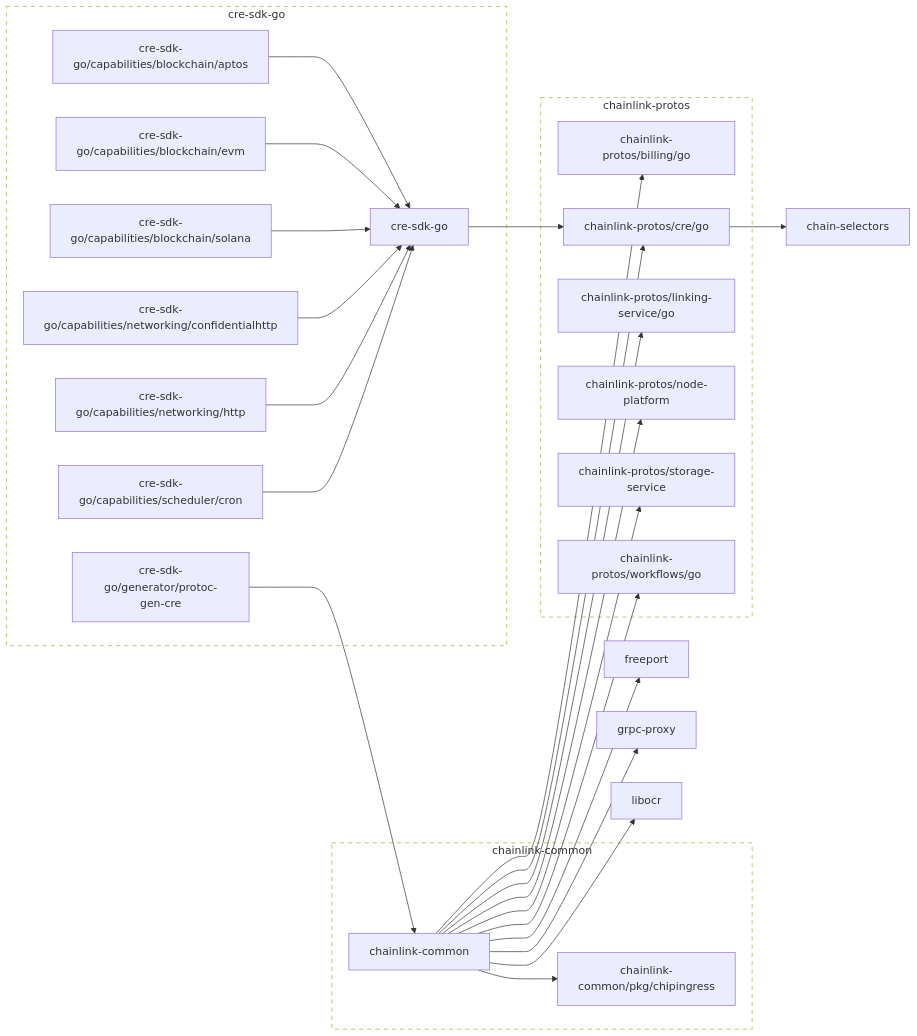
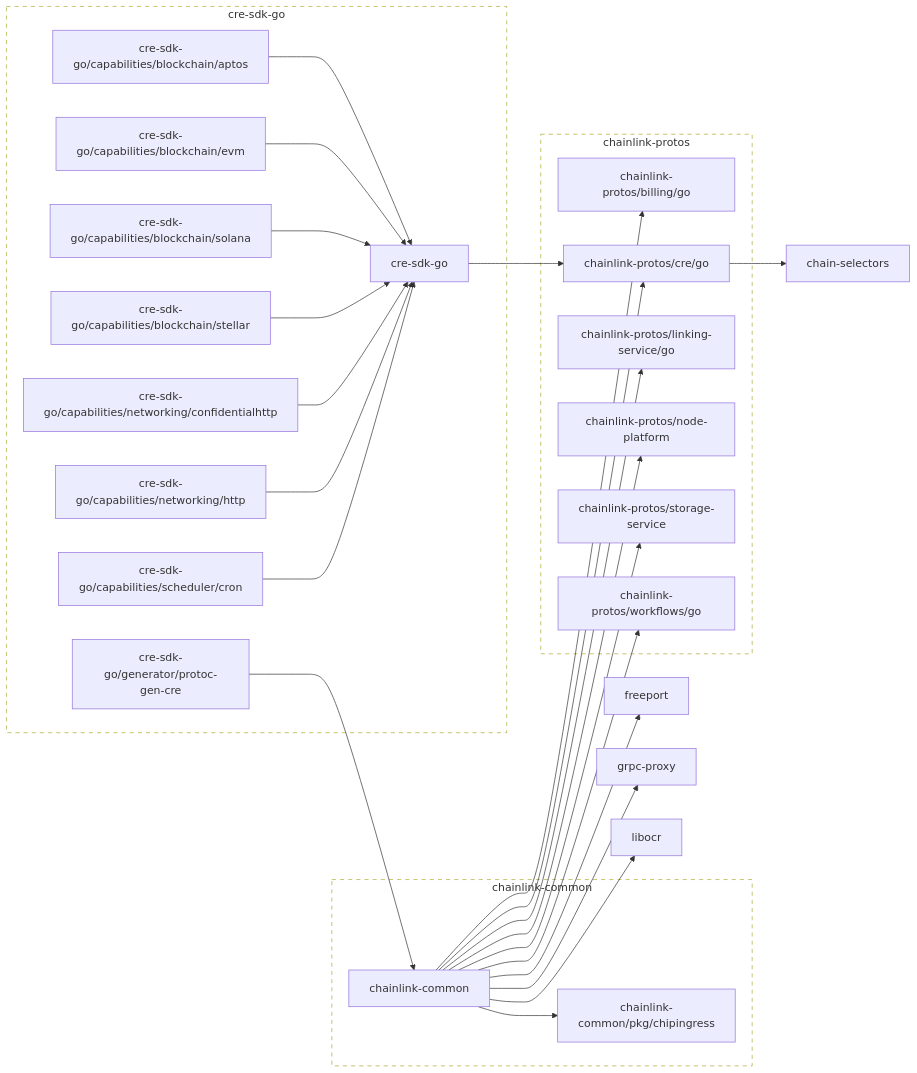
One commit to smartcontractkit/cre-sdk-go changed the diagram in go.md. Above: the diagram before and after it, drawn with Mermaid. The commit also changed 2 other files, not shown here.

Commit message:
Run generate

```diff
--- a/go.md
+++ b/go.md
@@ -37,6 +37,8 @@
 	click cre-sdk-go/capabilities/blockchain/evm href "https://github.com/smartcontractkit/cre-sdk-go"
 	cre-sdk-go/capabilities/blockchain/solana --> cre-sdk-go
 	click cre-sdk-go/capabilities/blockchain/solana href "https://github.com/smartcontractkit/cre-sdk-go"
+	cre-sdk-go/capabilities/blockchain/stellar --> cre-sdk-go
+	click cre-sdk-go/capabilities/blockchain/stellar href "https://github.com/smartcontractkit/cre-sdk-go"
 	cre-sdk-go/capabilities/networking/confidentialhttp --> cre-sdk-go
 	click cre-sdk-go/capabilities/networking/confidentialhttp href "https://github.com/smartcontractkit/cre-sdk-go"
 	cre-sdk-go/capabilities/networking/http --> cre-sdk-go
@@ -73,6 +75,7 @@
 		 cre-sdk-go/capabilities/blockchain/aptos
 		 cre-sdk-go/capabilities/blockchain/evm
 		 cre-sdk-go/capabilities/blockchain/solana
+		 cre-sdk-go/capabilities/blockchain/stellar
 		 cre-sdk-go/capabilities/networking/confidentialhttp
 		 cre-sdk-go/capabilities/networking/http
 		 cre-sdk-go/capabilities/scheduler/cron
```
